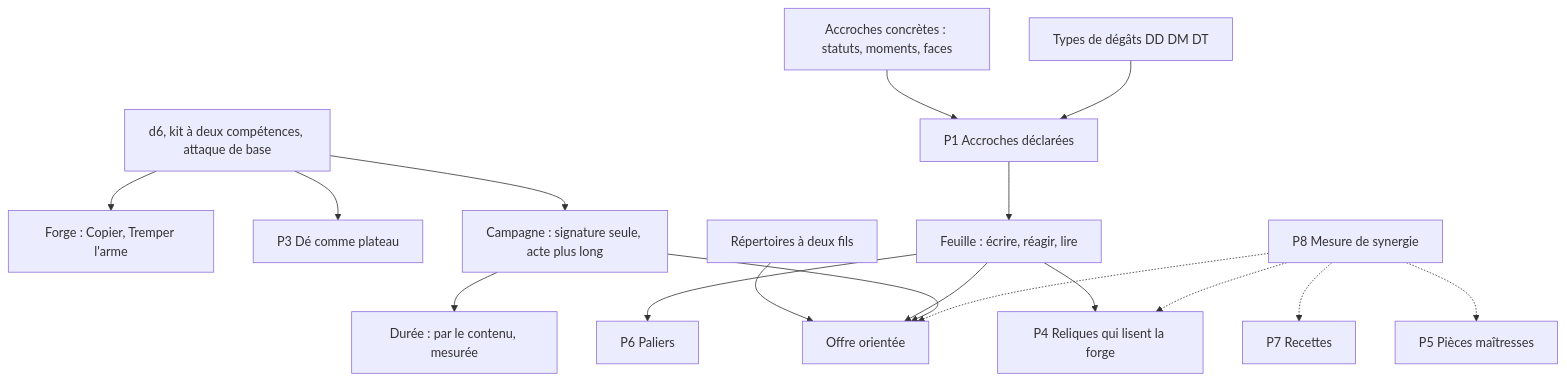
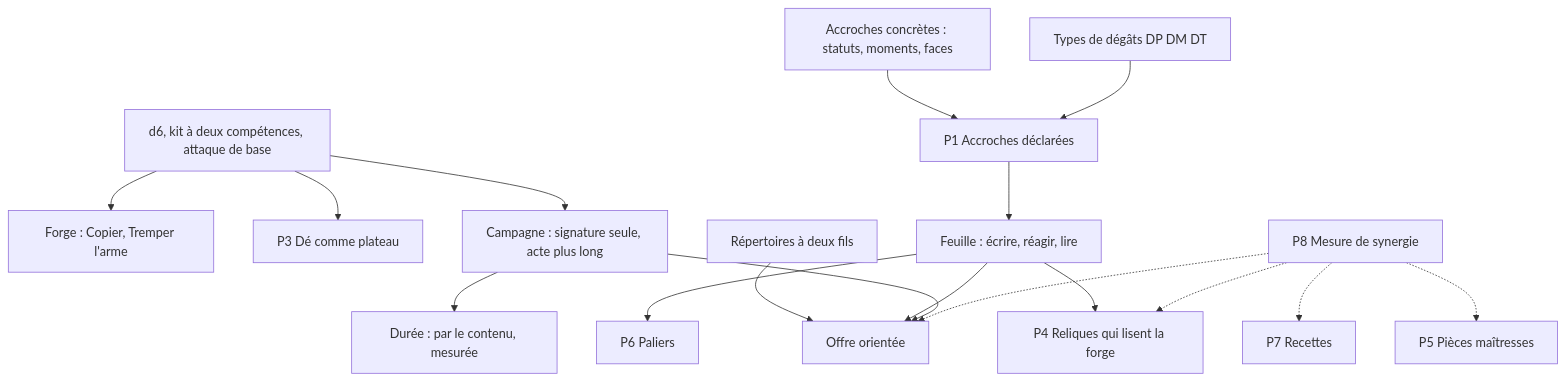
Before and after one commit to Citcatjoe/battler: the second of 3 diagrams in docs/PROGRESSION.md, drawn with Mermaid. The commit also changed other lines of this file and 32 other files, not shown here.

````diff
--- a/docs/PROGRESSION.md
+++ b/docs/PROGRESSION.md
@@ -1031,19 +1040,19 @@
 ```mermaid
 flowchart TD
   D6[d6, kit à deux compétences, attaque de base] --> FORGE[Forge : Copier, Tremper l'arme]
   D6 --> P3[P3 Dé comme plateau]
   D6 --> CAMP[Campagne : signature seule, acte plus long]
   ACC[Accroches concrètes : statuts, moments, faces] --> P1[P1 Accroches déclarées]
-  TYPES[Types de dégâts DD DM DT] --> P1
+  TYPES[Types de dégâts DP DM DT] --> P1
   P1 --> FEUILLE[Feuille : écrire, réagir, lire]
   REP[Répertoires à deux fils] --> OFFRE[Offre orientée]
   FEUILLE --> OFFRE
   FEUILLE --> P4[P4 Reliques qui lisent la forge]
   FEUILLE --> P6[P6 Paliers]
   CAMP --> OFFRE
   CAMP --> DUREE[Durée : par le contenu, mesurée]
   P8[P8 Mesure de synergie] -.-> OFFRE
   P8 -.-> P4
   P8 -.-> P5[P5 Pièces maîtresses]
   P8 -.-> P7[P7 Recettes]
 ```
````
